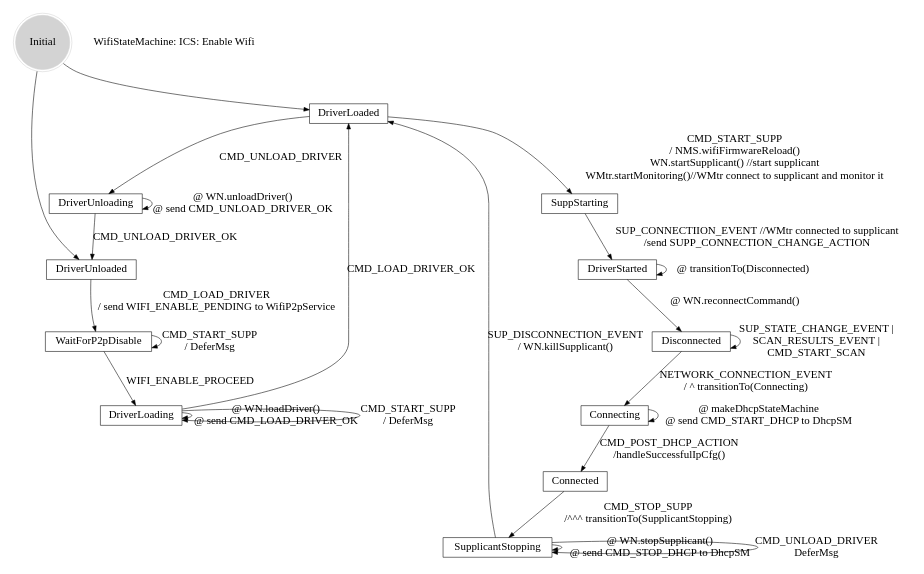
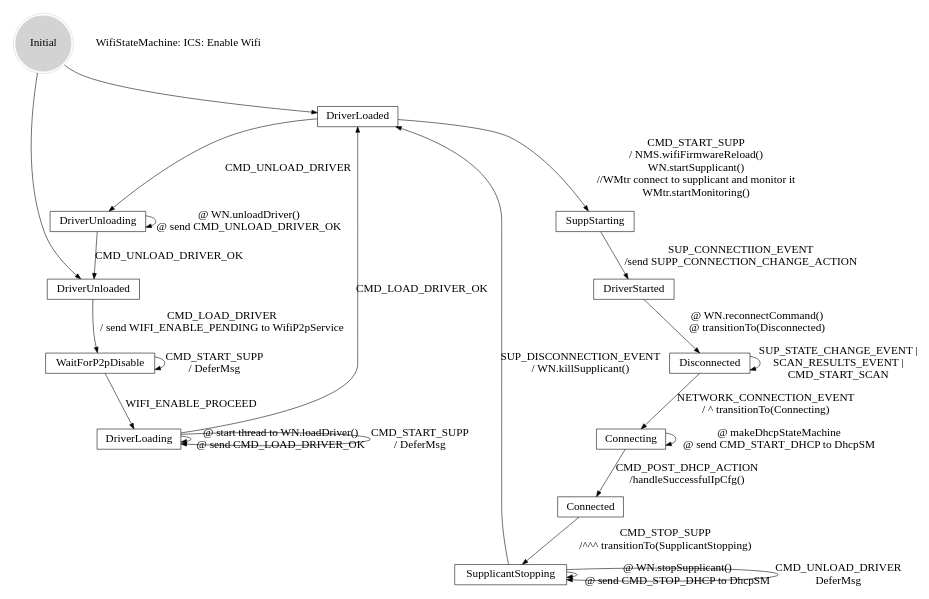
One commit to greatgauss/graphviz_script changed the diagram in ICS_EnableWifi_ConnectAP_DisableWifi.dot. Above: the diagram before and after it, drawn with Graphviz. The commit also changed 2 other files, not shown here.

Commit message:
Change ICS_EnableWifi_ConnectAP_DisableWifi SM_TetherInterface SM_TetherMaster

```diff
--- a/ICS_EnableWifi_ConnectAP_DisableWifi.dot
+++ b/ICS_EnableWifi_ConnectAP_DisableWifi.dot
@@ -1,33 +1,32 @@
 
 digraph automata_0 {
 	size = "8.5, 11";
 	fontname = "Microsoft YaHei";
 	fontsize = 10;
 	node [shape = record, fontname = "Microsoft YaHei", fontsize = 20];
 	edge [fontname = "Microsoft YaHei", fontsize = 20];
 	Initial [ style = filled, shape = doublecircle, color=lightgrey ];
 	Initial -> DriverLoaded [ label = " " ];
 	Initial-> DriverUnloaded  [ label = " " ];
 	DriverUnloaded   -> WaitForP2pDisable [ label = "CMD_LOAD_DRIVER\n/ send WIFI_ENABLE_PENDING to WifiP2pService" ];
 	WaitForP2pDisable -> WaitForP2pDisable [ label = "CMD_START_SUPP \n/ DeferMsg" ];
 	WaitForP2pDisable -> DriverLoading [ label = "WIFI_ENABLE_PROCEED" ];
-	DriverLoading -> DriverLoading [ label = "@ WN.loadDriver() \n @ send CMD_LOAD_DRIVER_OK " ];
+	DriverLoading -> DriverLoading [ label = "@ start thread to WN.loadDriver() \n @ send CMD_LOAD_DRIVER_OK " ];
 	DriverLoading -> DriverLoading [ label = "CMD_START_SUPP \n/ DeferMsg " ];
 	DriverLoading  -> DriverLoaded [ label = "CMD_LOAD_DRIVER_OK " ];
-	DriverLoaded  -> SuppStarting [ label = "CMD_START_SUPP\n/ NMS.wifiFirmwareReload() \n WN.startSupplicant() //start supplicant\n WMtr.startMonitoring()//WMtr connect to supplicant and monitor it " ];
-	SuppStarting  -> DriverStarted [ label = "SUP_CONNECTIION_EVENT //WMtr connected to supplicant\n/send SUPP_CONNECTION_CHANGE_ACTION " ];
-	DriverStarted -> DriverStarted [ label = "@ transitionTo(Disconnected) " ];
-	DriverStarted -> Disconnected[ label = "@ WN.reconnectCommand() " ];
+	DriverLoaded  -> SuppStarting [ label = "CMD_START_SUPP\n/ NMS.wifiFirmwareReload() \n WN.startSupplicant() \n //WMtr connect to supplicant and monitor it\nWMtr.startMonitoring() " ];
+	SuppStarting  -> DriverStarted [ label = "SUP_CONNECTIION_EVENT \n/send SUPP_CONNECTION_CHANGE_ACTION " ];
+	DriverStarted -> Disconnected[ label = "@ WN.reconnectCommand()\n@ transitionTo(Disconnected) " ];
 	Disconnected -> Disconnected[ label = "SUP_STATE_CHANGE_EVENT |\n SCAN_RESULTS_EVENT |\n CMD_START_SCAN" ];
 	Disconnected -> Connecting[ label = "NETWORK_CONNECTION_EVENT\n/ ^ transitionTo(Connecting) " ];
 	Connecting -> Connecting[ label = "@ makeDhcpStateMachine\n @ send CMD_START_DHCP to DhcpSM " ];
 	Connecting -> Connected[ label = "CMD_POST_DHCP_ACTION\n/handleSuccessfulIpCfg() " ];
 	Connected -> SupplicantStopping[ label = "CMD_STOP_SUPP\n/^^^ transitionTo(SupplicantStopping) " ];
 	SupplicantStopping-> SupplicantStopping[ label = "@ WN.stopSupplicant() \n @ send CMD_STOP_DHCP to DhcpSM " ];
 	SupplicantStopping-> SupplicantStopping[ label = "CMD_UNLOAD_DRIVER\n DeferMsg " ];
 	SupplicantStopping-> DriverLoaded[ label = "SUP_DISCONNECTION_EVENT\n/ WN.killSupplicant() " ];
 	DriverLoaded -> DriverUnloading[ label = "CMD_UNLOAD_DRIVER " ];
 	DriverUnloading -> DriverUnloading[ label = "@ WN.unloadDriver() \n @ send CMD_UNLOAD_DRIVER_OK" ];
 	DriverUnloading -> DriverUnloaded[ label = "CMD_UNLOAD_DRIVER_OK "];
 	"WifiStateMachine: ICS: Enable Wifi" [ shape = plaintext ];
 }
```
